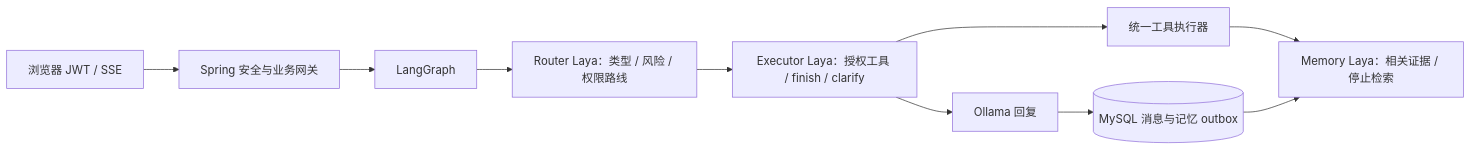
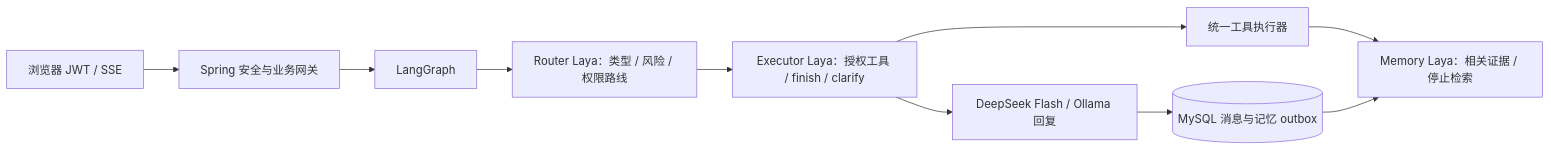
Before and after one commit to Vaniloo/psych-agent-engineering: the diagram in README.md, drawn with Mermaid. The commit also changed other lines of this file and 82 other files, not shown here.

````diff
--- a/README.md
+++ b/README.md
@@ -5,12 +5,12 @@
 ```mermaid
 flowchart LR
     U[浏览器 JWT / SSE] --> J[Spring 安全与业务网关]
     J --> G[LangGraph]
     G --> R[Router Laya：类型 / 风险 / 权限路线]
     R --> E[Executor Laya：授权工具 / finish / clarify]
     E --> T[统一工具执行器]
     T --> M[Memory Laya：相关证据 / 停止检索]
-    E --> O[Ollama 回复]
+    E --> O[DeepSeek Flash / Ollama 回复]
     O --> D[(MySQL 消息与记忆 outbox)]
     D --> M
 ```
````
